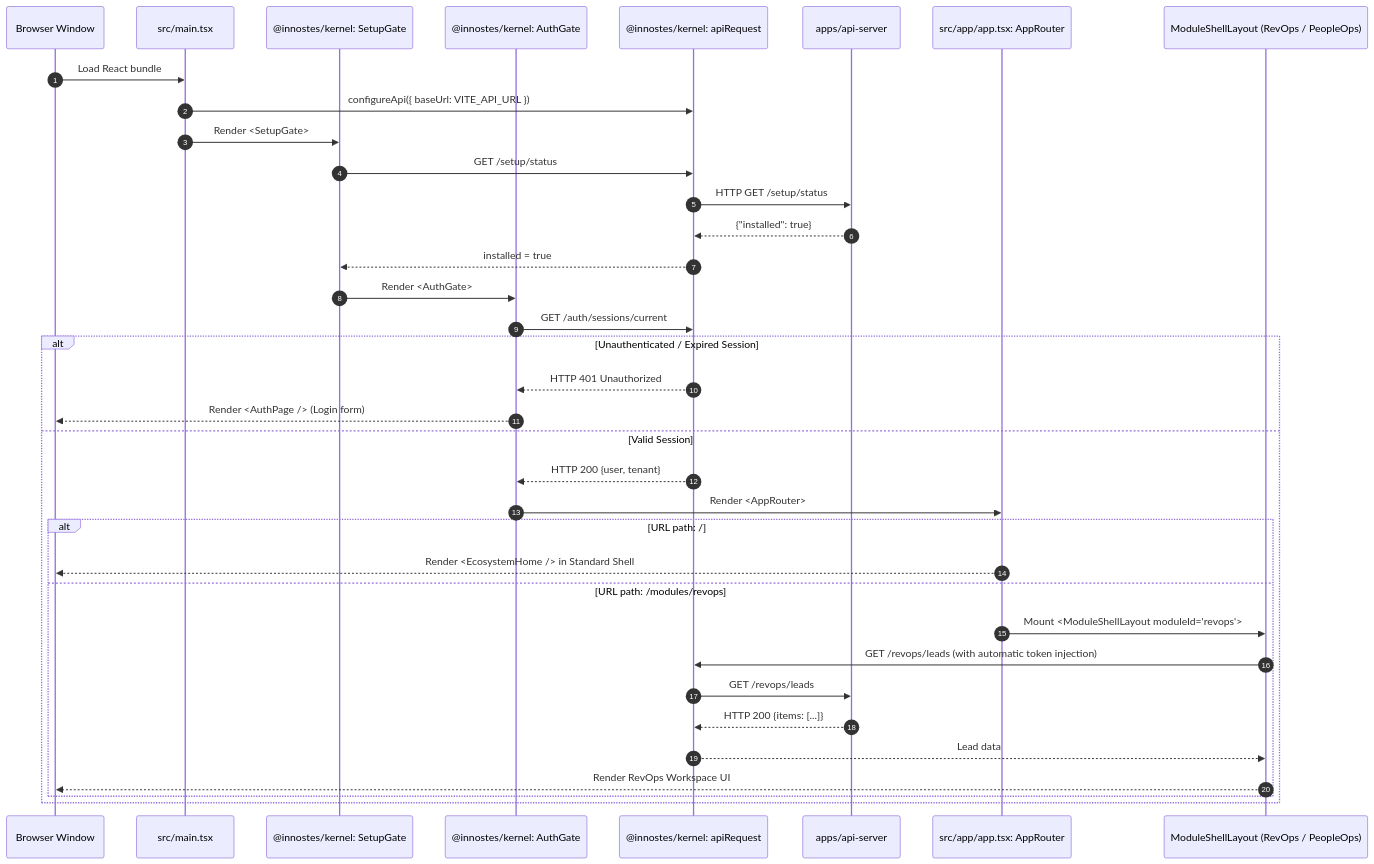
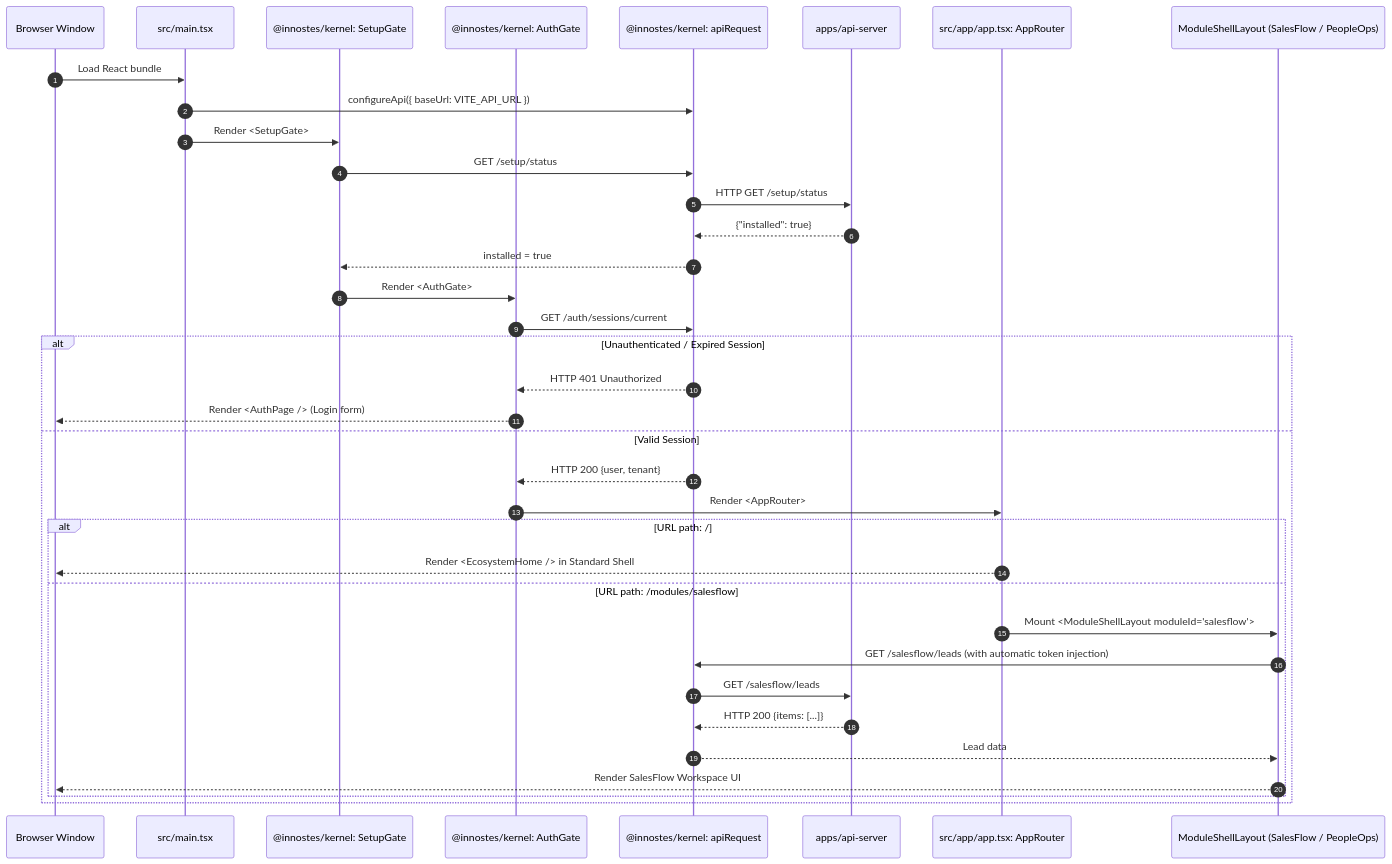
One commit to innostes-dev/erp changed the sixth of 7 diagrams in apps/landing/content/dev-docs/architecture/runtime-view.mdx. Above: the diagram before and after it, drawn with Mermaid. The commit also changed other lines of this file and 94 other files, not shown here.

Commit message:
refactor(modules): rename CRM module from revops to salesflow across platform and docs

````diff
--- a/apps/landing/content/dev-docs/architecture/runtime-view.mdx
+++ b/apps/landing/content/dev-docs/architecture/runtime-view.mdx
@@ -348,43 +348,43 @@
 ```mermaid
 sequenceDiagram
   autonumber
   participant Browser as Browser Window
   participant Main as src/main.tsx
   participant SetupGate as @innostes/kernel: SetupGate
   participant AuthGate as @innostes/kernel: AuthGate
   participant ApiClient as @innostes/kernel: apiRequest
   participant ApiServer as apps/api-server
   participant AppRouter as src/app/app.tsx: AppRouter
-  participant ModuleShell as ModuleShellLayout (RevOps / PeopleOps)
+  participant ModuleShell as ModuleShellLayout (SalesFlow / PeopleOps)
 
   Browser ->> Main: Load React bundle
   Main ->> ApiClient: configureApi({ baseUrl: VITE_API_URL })
   Main ->> SetupGate: Render <SetupGate>
   
   SetupGate ->> ApiClient: GET /setup/status
   ApiClient ->> ApiServer: HTTP GET /setup/status
   ApiServer -->> ApiClient: {"installed": true}
   ApiClient -->> SetupGate: installed = true
   
   SetupGate ->> AuthGate: Render <AuthGate>
   AuthGate ->> ApiClient: GET /auth/sessions/current
   
   alt Unauthenticated / Expired Session
     ApiClient -->> AuthGate: HTTP 401 Unauthorized
     AuthGate -->> Browser: Render <AuthPage /> (Login form)
   else Valid Session
     ApiClient -->> AuthGate: HTTP 200 {user, tenant}
     AuthGate ->> AppRouter: Render <AppRouter>
     
     alt URL path: /
       AppRouter -->> Browser: Render <EcosystemHome /> in Standard Shell
-    else URL path: /modules/revops
-      AppRouter ->> ModuleShell: Mount <ModuleShellLayout moduleId="revops">
-      ModuleShell ->> ApiClient: GET /revops/leads (with automatic token injection)
-      ApiClient ->> ApiServer: GET /revops/leads
+    else URL path: /modules/salesflow
+      AppRouter ->> ModuleShell: Mount <ModuleShellLayout moduleId="salesflow">
+      ModuleShell ->> ApiClient: GET /salesflow/leads (with automatic token injection)
+      ApiClient ->> ApiServer: GET /salesflow/leads
       ApiServer -->> ApiClient: HTTP 200 {items: [...]}
       ApiClient -->> ModuleShell: Lead data
-      ModuleShell -->> Browser: Render RevOps Workspace UI
+      ModuleShell -->> Browser: Render SalesFlow Workspace UI
     end
   end
 ```
````
